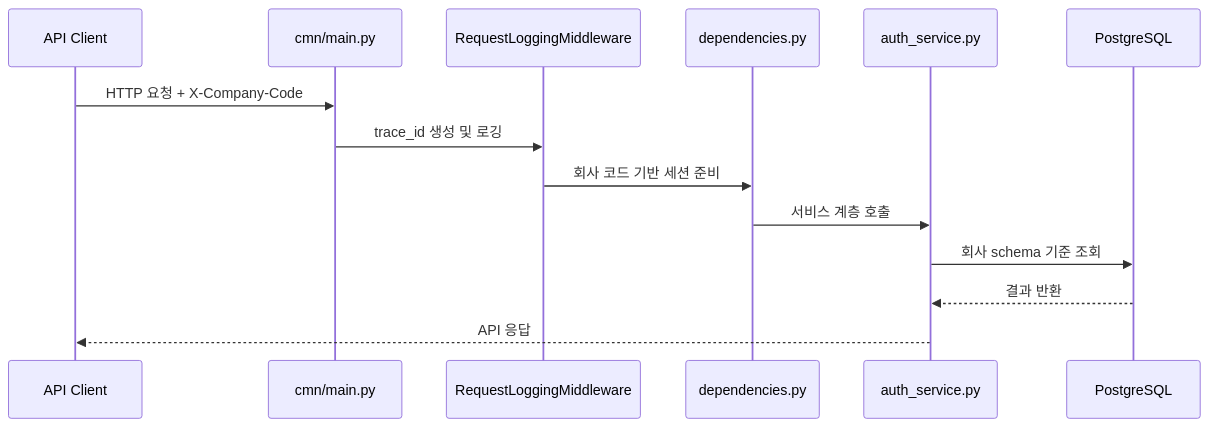
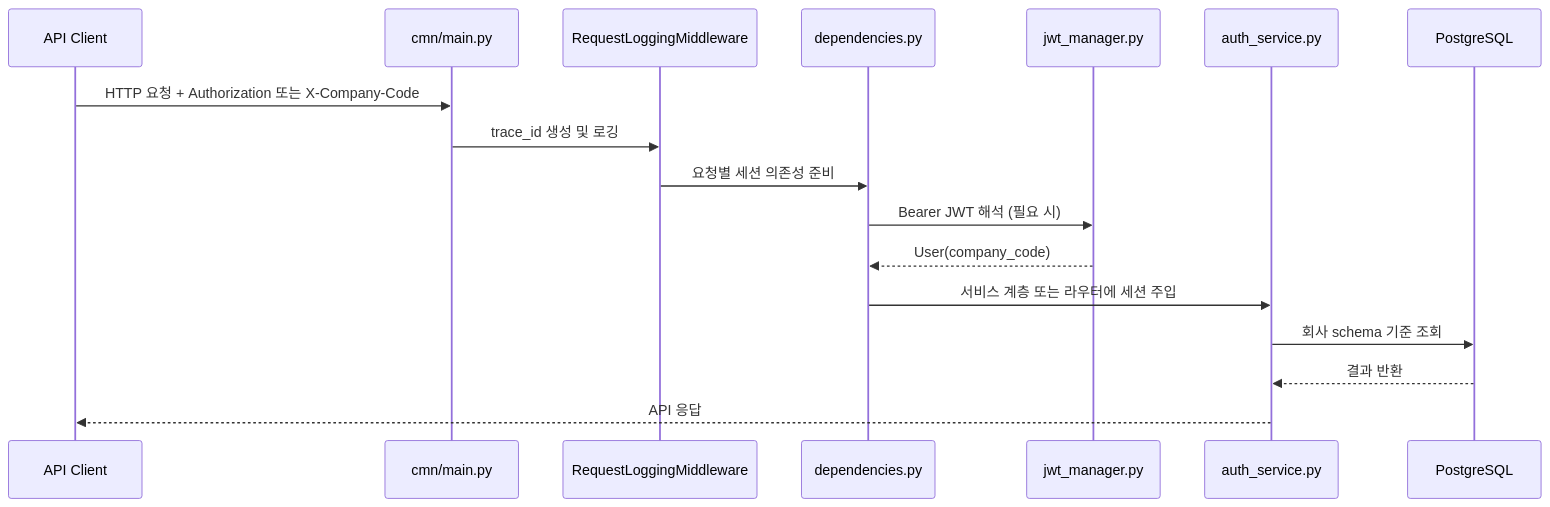
The fifth of 5 diagrams in README.md (leodev901/mcp-mail), drawn with Mermaid before and after one commit. The commit also changed other lines of this file and 1 other file, not shown here.

````diff
--- a/README.md
+++ b/README.md
@@ -167,17 +208,20 @@
 ```mermaid
 sequenceDiagram
     participant Client as API Client
     participant CMN as cmn/main.py
     participant MW as RequestLoggingMiddleware
     participant DI as dependencies.py
+    participant JWT as jwt_manager.py
     participant Service as auth_service.py
     participant DB as PostgreSQL
 
-    Client->>CMN: HTTP 요청 + X-Company-Code
+    Client->>CMN: HTTP 요청 + Authorization 또는 X-Company-Code
     CMN->>MW: trace_id 생성 및 로깅
-    MW->>DI: 회사 코드 기반 세션 준비
-    DI->>Service: 서비스 계층 호출
+    MW->>DI: 요청별 세션 의존성 준비
+    DI->>JWT: Bearer JWT 해석 (필요 시)
+    JWT-->>DI: User(company_code)
+    DI->>Service: 서비스 계층 또는 라우터에 세션 주입
     Service->>DB: 회사 schema 기준 조회
     DB-->>Service: 결과 반환
     Service-->>Client: API 응답
 ```
````
